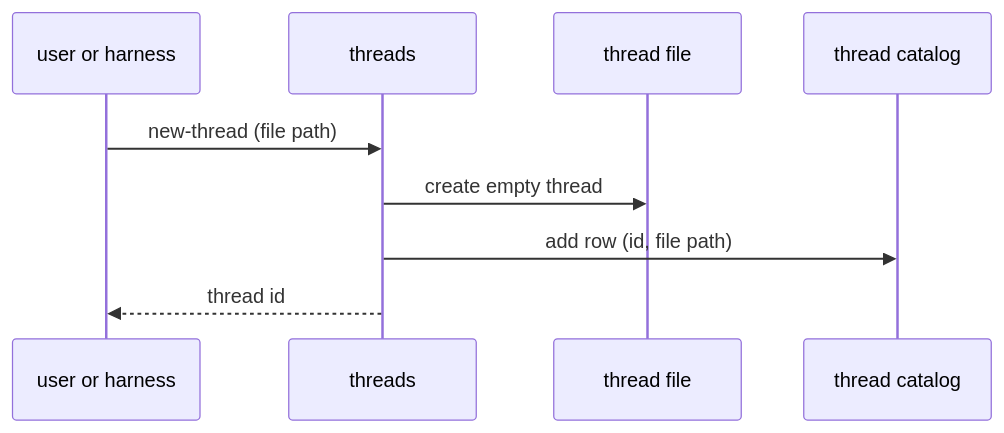
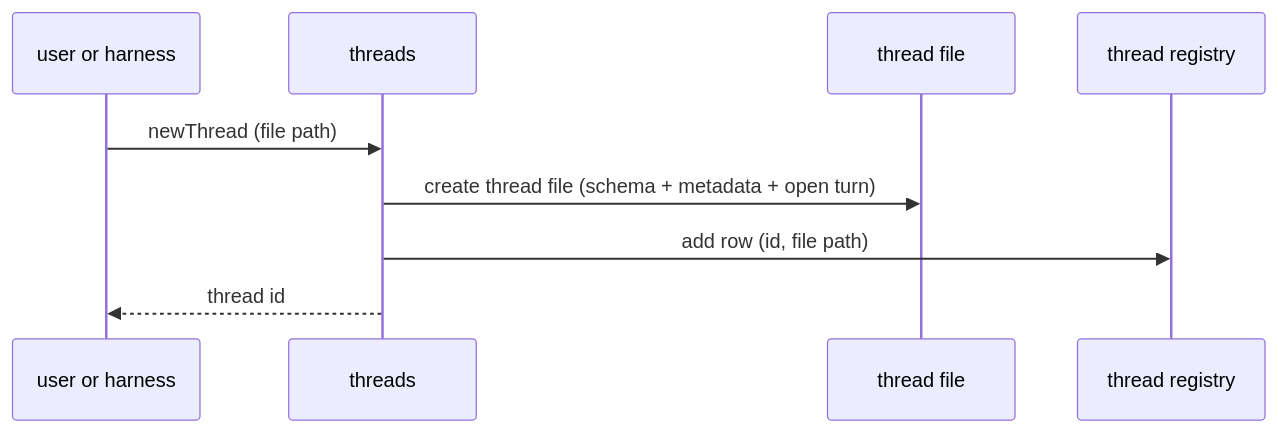
The first of 11 diagrams in docs/onboard/02-domain-design.md (liminal-ai/long-horizon-context), drawn with Mermaid before and after one commit. The commit also changed other lines of this file and 1 other file, not shown here.

````diff
--- a/docs/onboard/02-domain-design.md
+++ b/docs/onboard/02-domain-design.md
@@ -36,11 +44,11 @@
 ```mermaid
 sequenceDiagram
   participant C as user or harness
   participant T as threads
   participant F as thread file
-  participant R as thread catalog
-  C->>T: new-thread (file path)
-  T->>F: create empty thread
+  participant R as thread registry
+  C->>T: newThread (file path)
+  T->>F: create thread file (schema + metadata + open turn)
   T->>R: add row (id, file path)
   T-->>C: thread id
 ```
````
